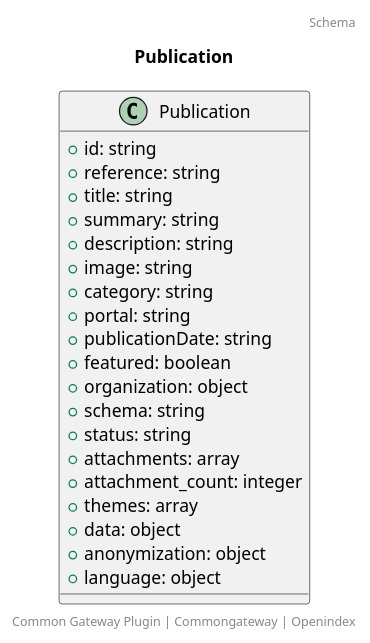
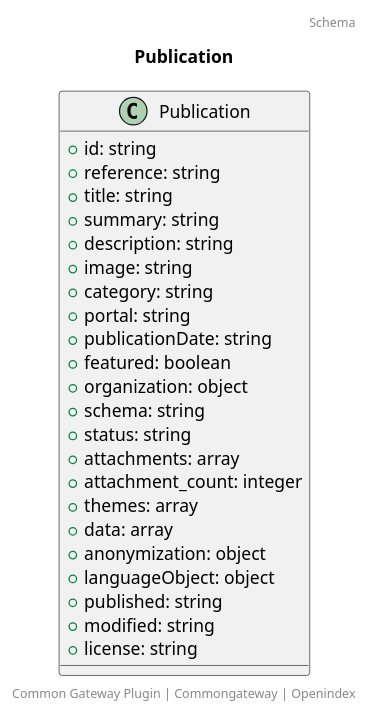
The diagram in docs/schema/Publication.puml (CommonGateway/OpenIndex), drawn with PlantUML before and after one commit. The commit also changed 28 other files, not shown here.

```diff
--- a/docs/schema/Publication.puml
+++ b/docs/schema/Publication.puml
@@ -1,27 +1,30 @@
 @startuml
 title: Publication
 footer: Common Gateway Plugin | Commongateway | Openindex 
 header: Schema
 
 class Publication {
   + id: string
   + reference: string
   + title: string
   + summary: string
   + description: string
   + image: string
   + category: string
   + portal: string
   + publicationDate: string
   + featured: boolean
   + organization: object
   + schema: string
   + status: string
   + attachments: array
   + attachment_count: integer
   + themes: array
-  + data: object
+  + data: array
   + anonymization: object
-  + language: object
+  + languageObject: object
+  + published: string
+  + modified: string
+  + license: string
 }
 @enduml
```
